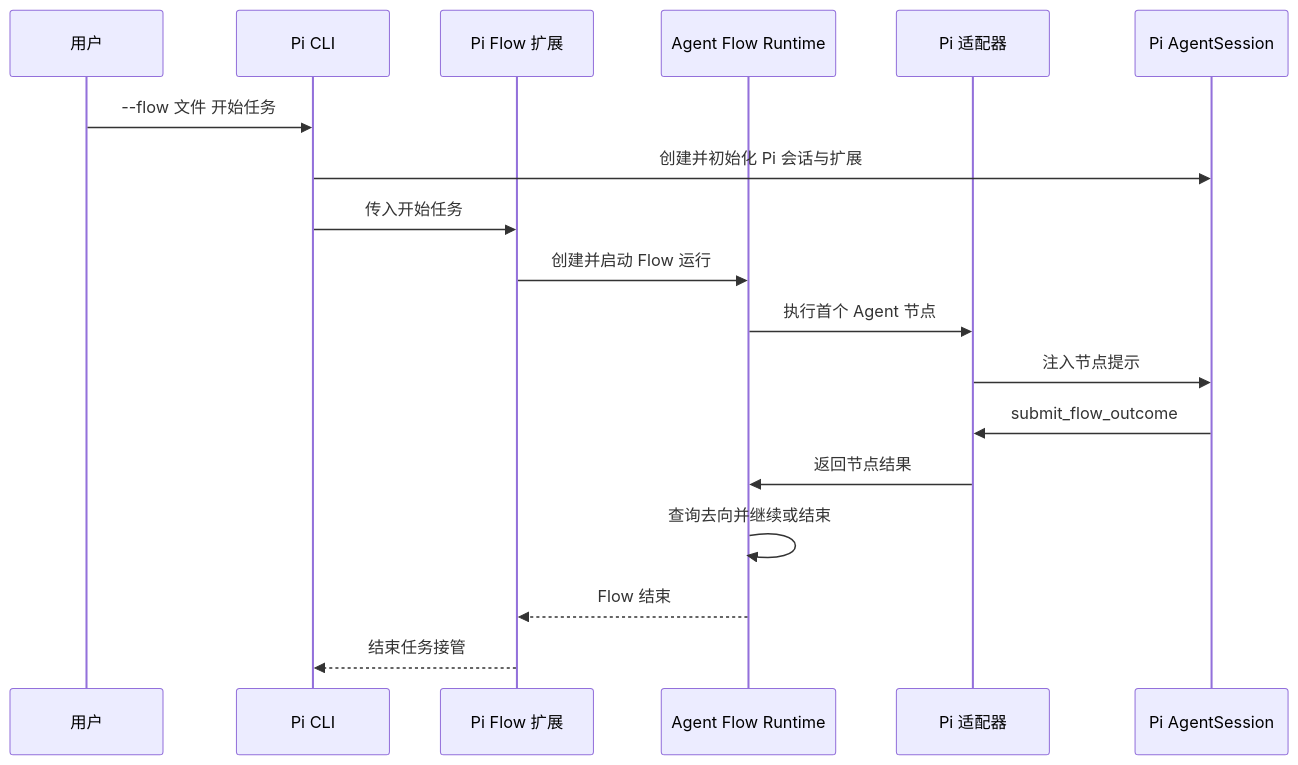
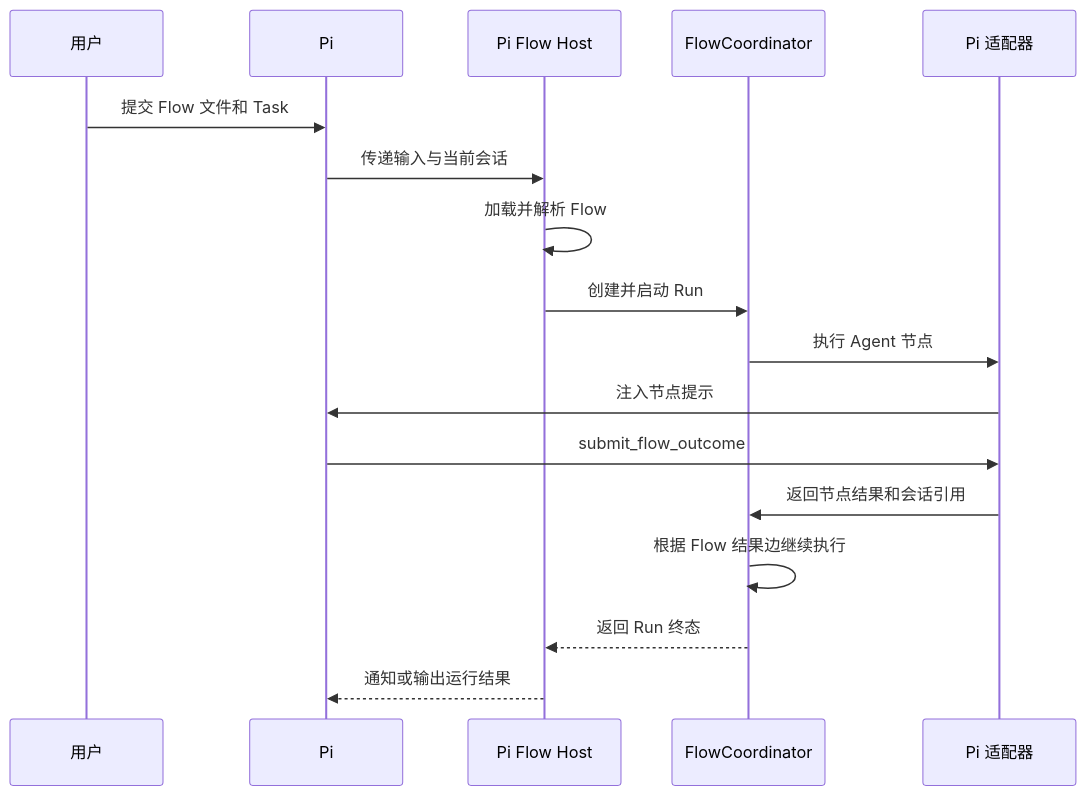
Before and after one commit to JhihJian/Agent-Flow-Runtime: the diagram in docs/pi-flow-host-design.md, drawn with Mermaid. The commit also changed other lines of this file and 3 other files, not shown here.

Commit message:
docs: 重写 Flow Runtime 核心设计

````diff
--- a/docs/pi-flow-host-design.md
+++ b/docs/pi-flow-host-design.md
@@ -87,21 +89,20 @@
 ```mermaid
 sequenceDiagram
   participant U as 用户
-  participant C as Pi CLI
-  participant H as Pi Flow 扩展
-  participant R as Agent Flow Runtime
+  participant P as Pi
+  participant H as Pi Flow Host
+  participant R as FlowCoordinator
   participant A as Pi 适配器
-  participant P as Pi AgentSession
 
-  U->>C: --flow 文件 开始任务
-  C->>P: 创建并初始化 Pi 会话与扩展
-  C->>H: 传入开始任务
-  H->>R: 创建并启动 Flow 运行
-  R->>A: 执行首个 Agent 节点
+  U->>P: 提交 Flow 文件和 Task
+  P->>H: 传递输入与当前会话
+  H->>H: 加载并解析 Flow
+  H->>R: 创建并启动 Run
+  R->>A: 执行 Agent 节点
   A->>P: 注入节点提示
   P->>A: submit_flow_outcome
-  A->>R: 返回节点结果
-  R->>R: 查询去向并继续或结束
-  R-->>H: Flow 结束
-  H-->>C: 结束任务接管
+  A->>R: 返回节点结果和会话引用
+  R->>R: 根据 Flow 结果边继续执行
+  R-->>H: 返回 Run 终态
+  H-->>P: 通知或输出运行结果
 ```
````
